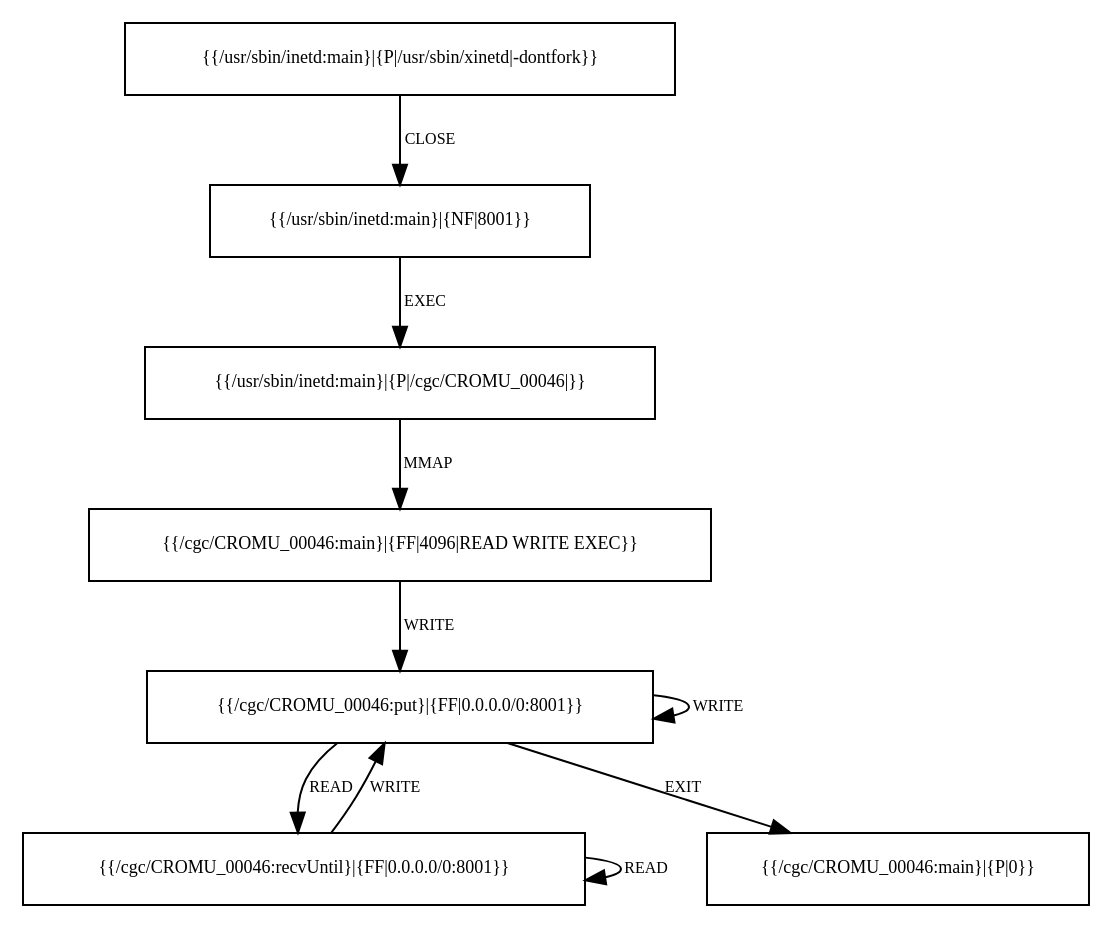
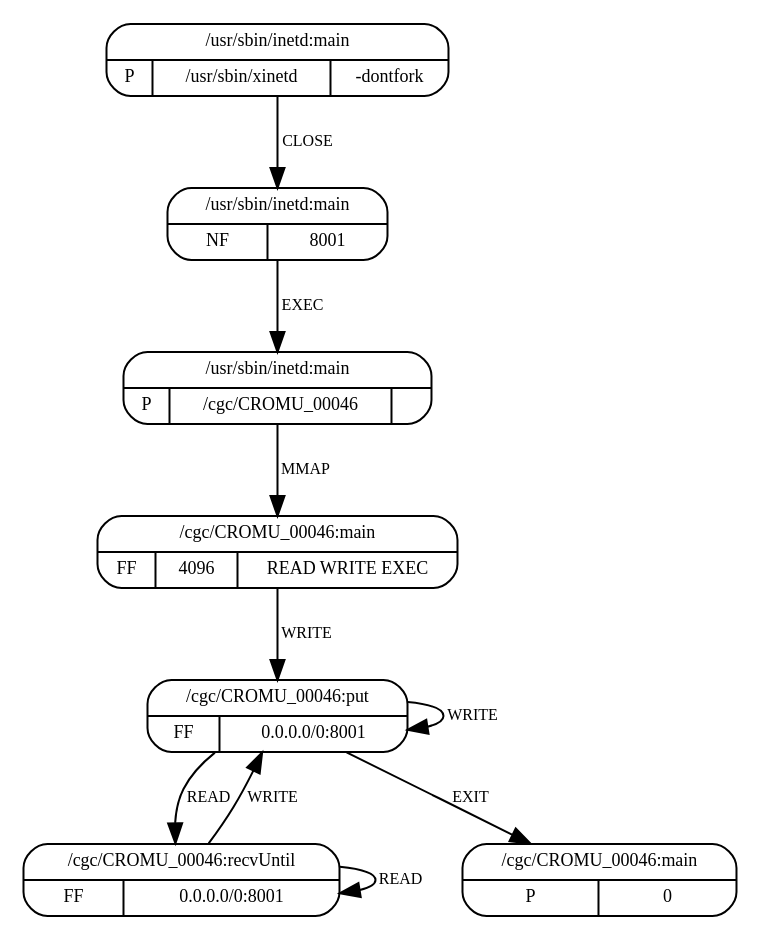
One commit to sysflow-telemetry/upolicycraft changed the diagram in experiments/ubuntu/cgc/results/cromu_00046.dot. Above: the diagram before and after it, drawn with Graphviz.

Commit message:
Tweak cadet model

```diff
--- a/experiments/ubuntu/cgc/results/cromu_00046.dot
+++ b/experiments/ubuntu/cgc/results/cromu_00046.dot
@@ -1,27 +1,27 @@
 digraph G {
-  4 [shape=box, label="{{/cgc/CROMU_00046:put}|{FF|0.0.0.0/0:8001}}",
+  4 [shape=Mrecord, label="{{/cgc/CROMU_00046:put}|{FF|0.0.0.0/0:8001}}",
      fontsize=9, ];
-  6 [shape=box, label="{{/cgc/CROMU_00046:recvUntil}|{FF|0.0.0.0/0:8001}}",
+  6 [shape=Mrecord, label="{{/cgc/CROMU_00046:recvUntil}|{FF|0.0.0.0/0:8001}}",
      fontsize=9, ];
-  3 [shape=box, label="{{/cgc/CROMU_00046:main}|{FF|4096|READ WRITE EXEC}}",
+  3 [shape=Mrecord, label="{{/cgc/CROMU_00046:main}|{FF|4096|READ WRITE EXEC}}",
      fontsize=9, ];
-  5 [shape=box, label="{{/cgc/CROMU_00046:main}|{P|0}}", fontsize=9, ];
-  0 [shape=box,
+  5 [shape=Mrecord, label="{{/cgc/CROMU_00046:main}|{P|0}}", fontsize=9, ];
+  0 [shape=Mrecord,
      label="{{/usr/sbin/inetd:main}|{P|/usr/sbin/xinetd|-dontfork}}",
      fontsize=9, ];
-  1 [shape=box, label="{{/usr/sbin/inetd:main}|{NF|8001}}", fontsize=9, ];
-  2 [shape=box, label="{{/usr/sbin/inetd:main}|{P|/cgc/CROMU_00046|}}",
+  1 [shape=Mrecord, label="{{/usr/sbin/inetd:main}|{NF|8001}}", fontsize=9, ];
+  2 [shape=Mrecord, label="{{/usr/sbin/inetd:main}|{P|/cgc/CROMU_00046|}}",
      fontsize=9, ];
   
   
   4 -> 4 [label="WRITE", fontsize=8, ];
   4 -> 6 [label="READ", fontsize=8, ];
   4 -> 5 [label="EXIT", fontsize=8, ];
   6 -> 4 [label="WRITE", fontsize=8, ];
   6 -> 6 [label="READ", fontsize=8, ];
   3 -> 4 [label="WRITE", fontsize=8, ];
   0 -> 1 [label="CLOSE", fontsize=8, ];
   1 -> 2 [label="EXEC", fontsize=8, ];
   2 -> 3 [label="MMAP", fontsize=8, ];
   
   }
```
